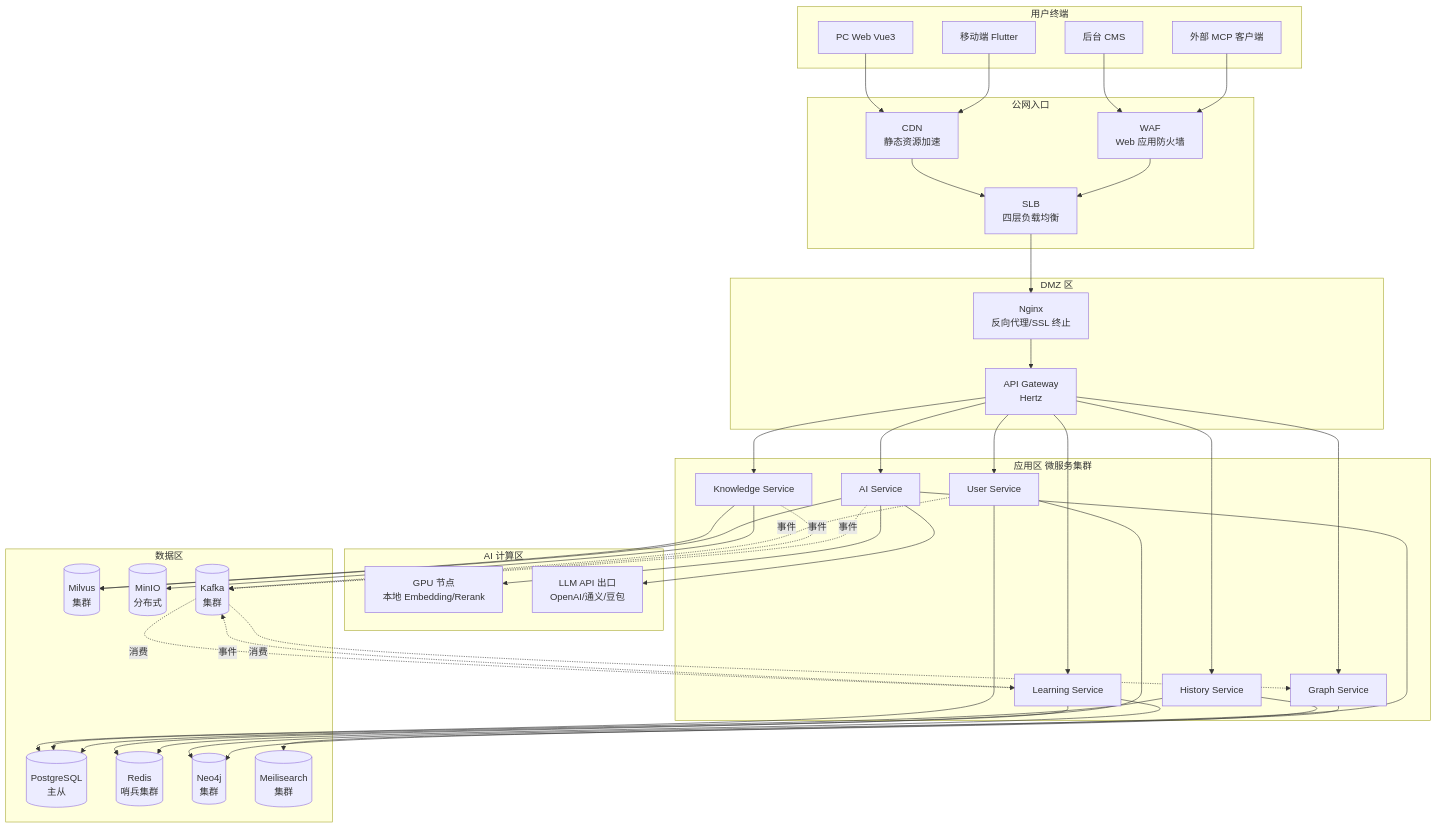
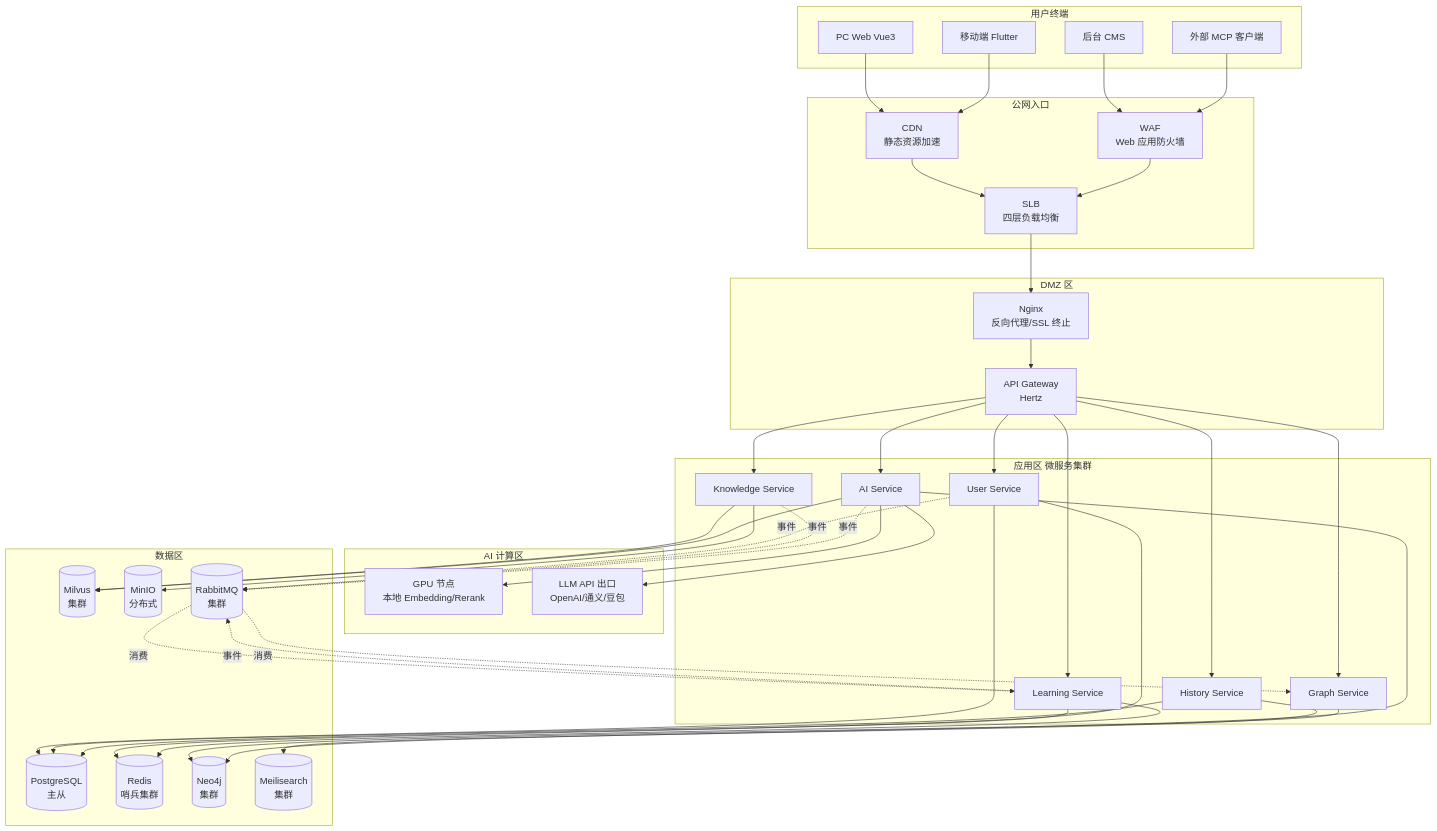
One commit to zhangzhenling/TCM-History-AI changed the first of 11 diagrams in 14-部署方案.md. Above: the diagram before and after it, drawn with Mermaid. The commit also changed other lines of this file and 8 other files, not shown here.

````diff
--- a/14-部署方案.md
+++ b/14-部署方案.md
@@ -24,81 +24,81 @@
 ```mermaid
 graph TB
     subgraph 用户终端
         PC[PC Web Vue3]
         MB[移动端 Flutter]
         ADM[后台 CMS]
         EXT[外部 MCP 客户端]
     end
 
     subgraph 公网入口
         CDN[CDN<br/>静态资源加速]
         SLB[SLB<br/>四层负载均衡]
         WAF[WAF<br/>Web 应用防火墙]
     end
 
     subgraph DMZ 区
         NGX[Nginx<br/>反向代理/SSL 终止]
         GW[API Gateway<br/>Hertz]
     end
 
     subgraph 应用区 微服务集群
         US[User Service]
         HS[History Service]
         KS[Knowledge Service]
         GS[Graph Service]
         AIS[AI Service]
         LS[Learning Service]
     end
 
     subgraph AI 计算区
         GPU[GPU 节点<br/>本地 Embedding/Rerank]
         LLM[LLM API 出口<br/>OpenAI/通义/豆包]
     end
 
     subgraph 数据区
         PG[(PostgreSQL<br/>主从)]
         RD[(Redis<br/>哨兵集群)]
         NEO[(Neo4j<br/>集群)]
         MIL[(Milvus<br/>集群)]
         MIN[(MinIO<br/>分布式)]
         MEI[(Meilisearch<br/>集群)]
-        KAF[(Kafka<br/>集群)]
+        KAF[(RabbitMQ<br/>集群)]
     end
 
     PC --> CDN
     MB --> CDN
     CDN --> SLB
     ADM --> WAF
     EXT --> WAF
     WAF --> SLB
     SLB --> NGX
     NGX --> GW
 
     GW --> US
     GW --> HS
     GW --> KS
     GW --> GS
     GW --> AIS
     GW --> LS
 
     AIS --> GPU
     AIS --> LLM
     KS --> MIL
     KS --> MIN
     GS --> NEO
     AIS --> MIL
     AIS --> NEO
     US --> PG
     US --> RD
     HS --> PG
     HS --> MEI
     LS --> PG
     LS --> RD
 
     US -.事件.-> KAF
     LS -.事件.-> KAF
     KS -.事件.-> KAF
     AIS -.事件.-> KAF
     KAF -.消费.-> LS
     KAF -.消费.-> GS
 ```
````
